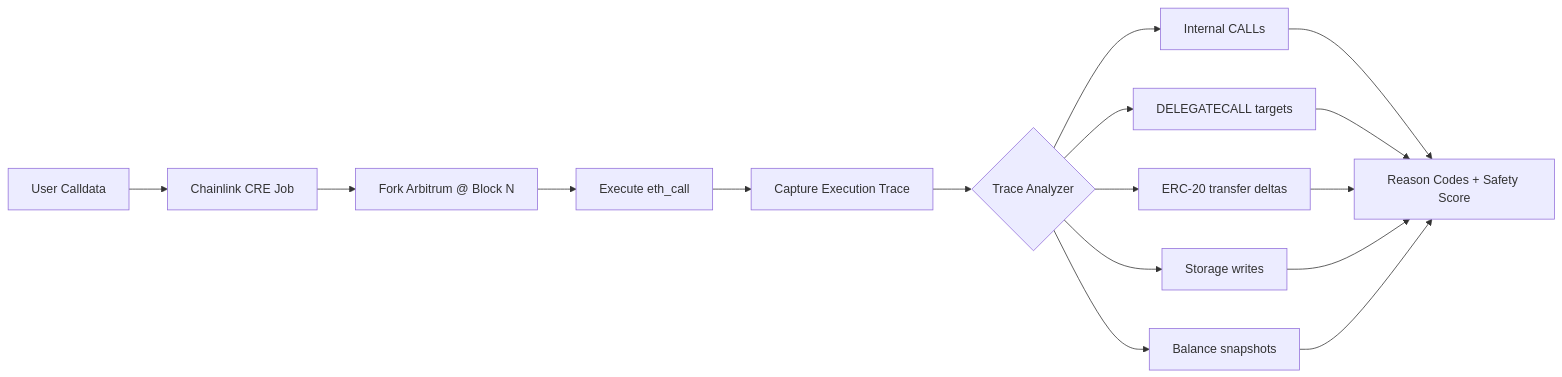
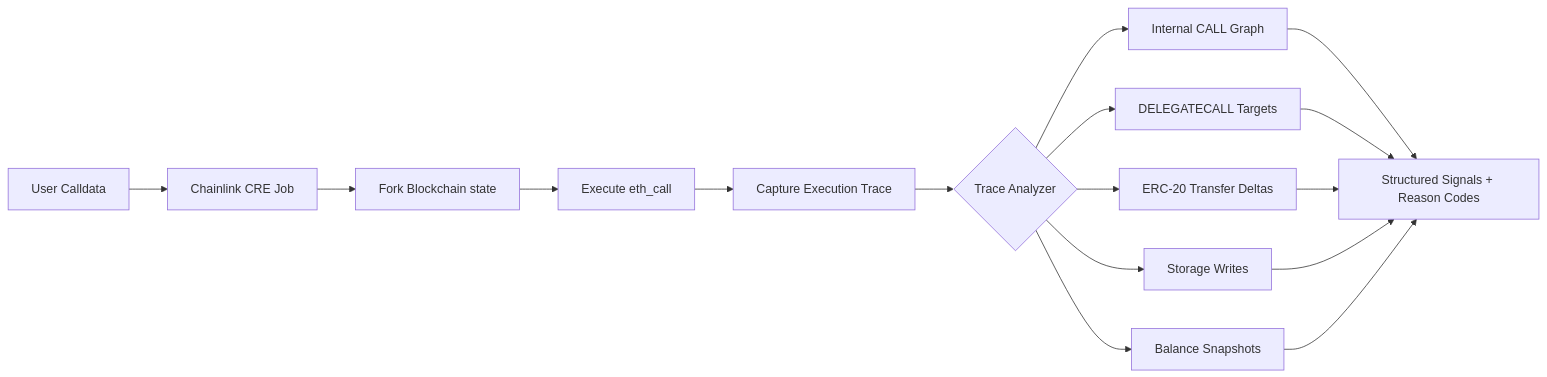
One commit to Sourav-IIITBPL/preflight changed the first of 3 diagrams in README.md. Above: the diagram before and after it, drawn with Mermaid. The commit also changed other lines of this file and 6 other files, not shown here.

````diff
--- a/README.md
+++ b/README.md
@@ -242,16 +326,16 @@
 ```mermaid
 flowchart LR
     A[User Calldata] --> B[Chainlink CRE Job]
-    B --> C[Fork Arbitrum @ Block N]
+    B --> C[Fork Blockchain state]
     C --> D[Execute eth_call]
     D --> E[Capture Execution Trace]
     E --> F{Trace Analyzer}
 
-    F --> G[Internal CALLs]
-    F --> H[DELEGATECALL targets]
-    F --> I[ERC-20 transfer deltas]
-    F --> J[Storage writes]
-    F --> K[Balance snapshots]
+    F --> G[Internal CALL Graph]
+    F --> H[DELEGATECALL Targets]
+    F --> I[ERC-20 Transfer Deltas]
+    F --> J[Storage Writes]
+    F --> K[Balance Snapshots]
 
-    G & H & I & J & K --> L[Reason Codes + Safety Score]
+    G & H & I & J & K --> L[Structured Signals + Reason Codes]
 ```
````
